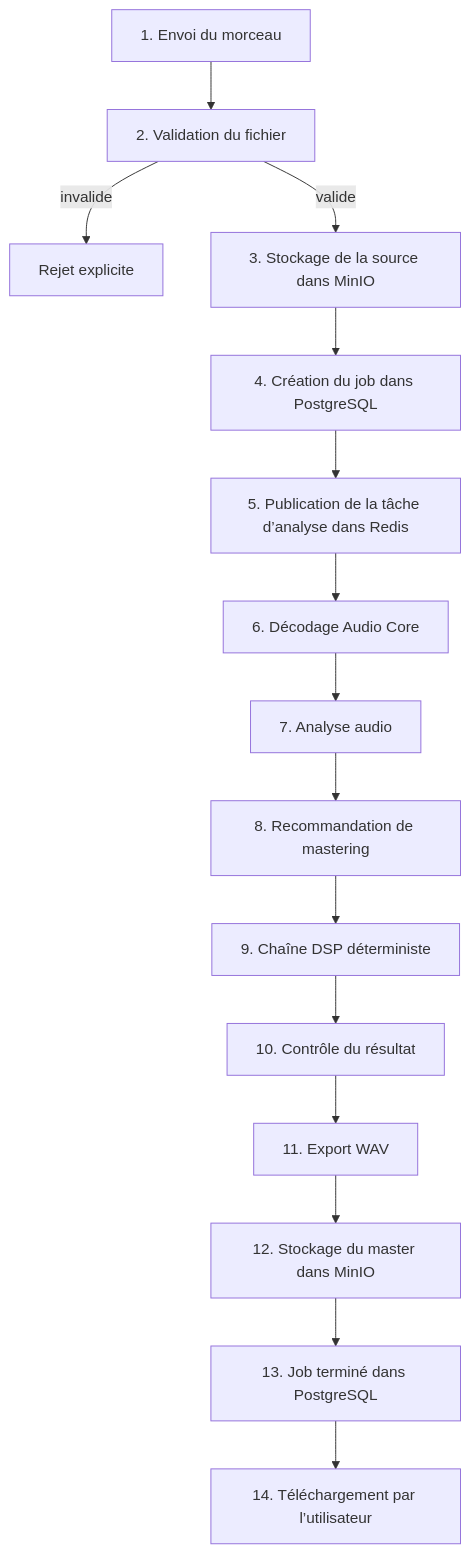
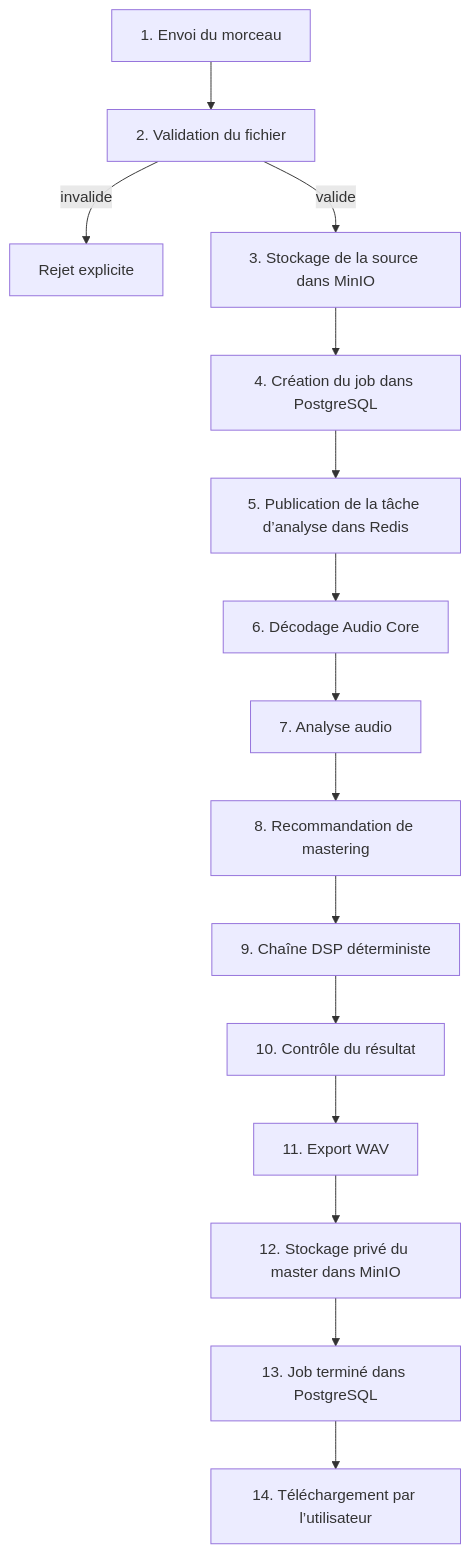
The second of 2 diagrams in docs/PROJECT_FLOW.fr.md (lucaslamy/OpenMaster), drawn with Mermaid before and after one commit. The commit also changed other lines of this file and 35 other files, not shown here.

````diff
--- a/docs/PROJECT_FLOW.fr.md
+++ b/docs/PROJECT_FLOW.fr.md
@@ -62,17 +63,17 @@
 ```mermaid
 flowchart TD
     A[1. Envoi du morceau] --> B[2. Validation du fichier]
     B -->|invalide| X[Rejet explicite]
     B -->|valide| C[3. Stockage de la source dans MinIO]
     C --> D[4. Création du job dans PostgreSQL]
     D --> E[5. Publication de la tâche d’analyse dans Redis]
     E --> F[6. Décodage Audio Core]
     F --> G[7. Analyse audio]
     G --> H[8. Recommandation de mastering]
     H --> I[9. Chaîne DSP déterministe]
     I --> J[10. Contrôle du résultat]
     J --> K[11. Export WAV]
-    K --> L[12. Stockage du master dans MinIO]
+    K --> L[12. Stockage privé du master dans MinIO]
     L --> M[13. Job terminé dans PostgreSQL]
     M --> N[14. Téléchargement par l’utilisateur]
 ```
````
